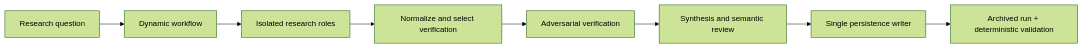
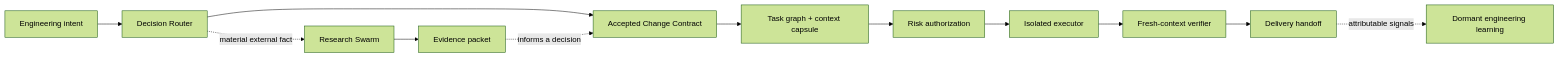
The diagram in README.md (JackSmack1971/research-swarm-cc), drawn with Mermaid (forest theme) before and after one commit. The commit also changed other lines of this file and 2 other files, not shown here.

Commit message:
docs(engineering): document learning plane and project flow

````diff
--- a/README.md
+++ b/README.md
@@ -83,10 +84,14 @@
 ```mermaid
 flowchart LR
-  Q[Research question] --> W[Dynamic workflow]
-  W --> R[Isolated research roles]
-  R --> N[Normalize and select verification]
-  N --> V[Adversarial verification]
-  V --> S[Synthesis and semantic review]
-  S --> P[Single persistence writer]
-  P --> A[Archived run + deterministic validation]
+  I[Engineering intent] --> D[Decision Router]
+  D --> C[Accepted Change Contract]
+  C --> T[Task graph + context capsule]
+  T --> Z[Risk authorization]
+  Z --> X[Isolated executor]
+  X --> V[Fresh-context verifier]
+  V --> H[Delivery handoff]
+  D -. material external fact .-> W[Research Swarm]
+  W --> E[Evidence packet]
+  E -. informs a decision .-> C
+  H -. attributable signals .-> L[Dormant engineering learning]
 ```
````
